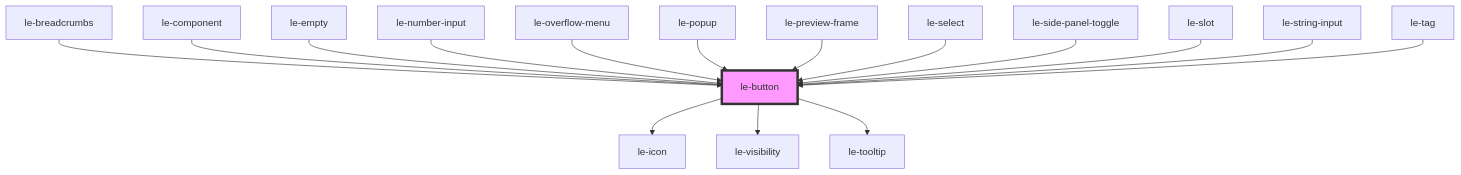
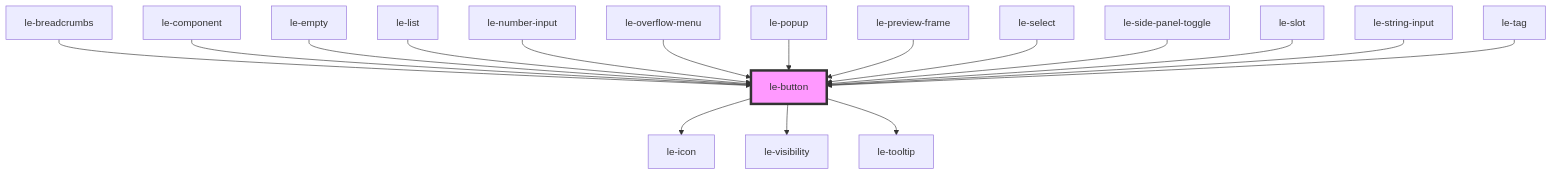
Before and after one commit to leechy/le-kit: the diagram in packages/core/src/components/le-button/readme.md, drawn with Mermaid. The commit also changed other lines of this file and 25 other files, not shown here.

First line of the commit message:
Add actions system to <le-list> with toolbar and button binding

````diff
--- a/packages/core/src/components/le-button/readme.md
+++ b/packages/core/src/components/le-button/readme.md
@@ -191,19 +204,20 @@
 ```mermaid
 graph TD;
   le-button --> le-icon
   le-button --> le-visibility
   le-button --> le-tooltip
   le-breadcrumbs --> le-button
   le-component --> le-button
   le-empty --> le-button
+  le-list --> le-button
   le-number-input --> le-button
   le-overflow-menu --> le-button
   le-popup --> le-button
   le-preview-frame --> le-button
   le-select --> le-button
   le-side-panel-toggle --> le-button
   le-slot --> le-button
   le-string-input --> le-button
   le-tag --> le-button
   style le-button fill:#f9f,stroke:#333,stroke-width:4px
 ```
````
